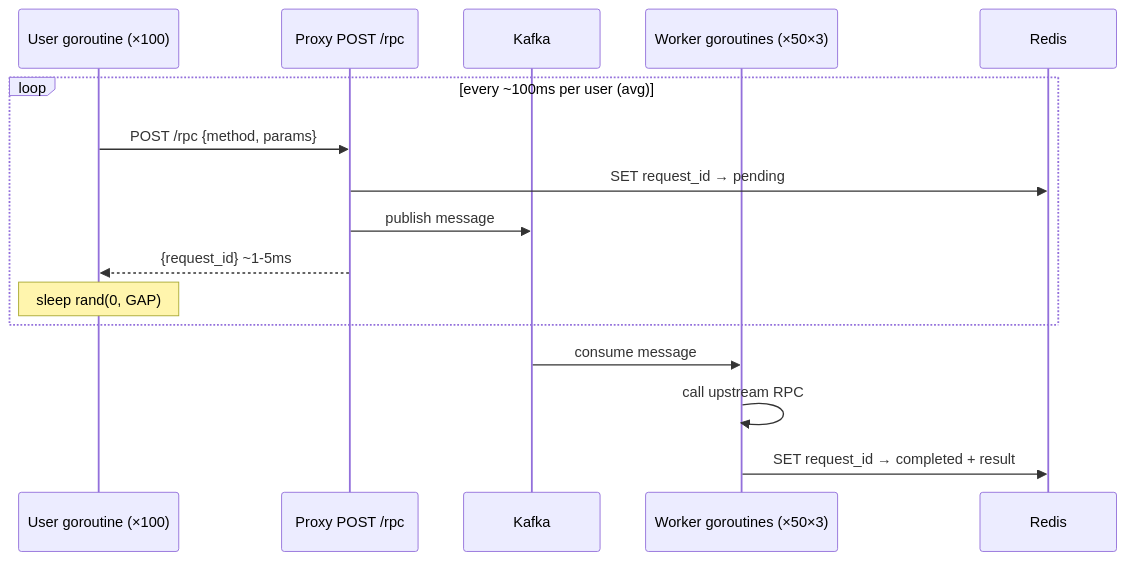
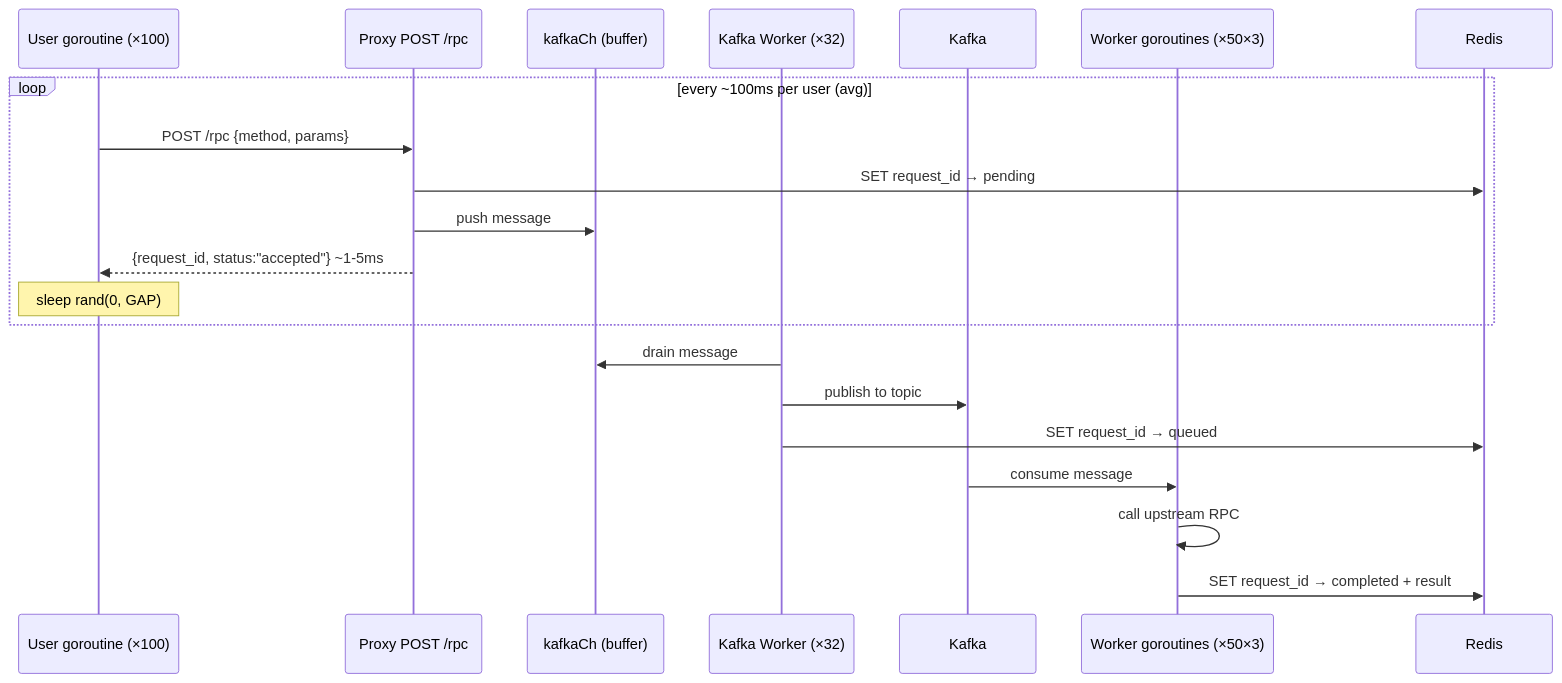
One commit to JasonYangShadow/drpc_proxy changed the diagram in README.md. Above: the diagram before and after it, drawn with Mermaid. The commit also changed other lines of this file and 4 other files, not shown here.

````diff
--- a/README.md
+++ b/README.md
@@ -308,20 +262,26 @@
 ```mermaid
 sequenceDiagram
   participant U as User goroutine (×100)
   participant P as Proxy POST /rpc
+  participant KCh as kafkaCh (buffer)
+  participant KW as Kafka Worker (×32)
   participant K as Kafka
   participant W as Worker goroutines (×50×3)
   participant R as Redis
 
   loop every ~100ms per user (avg)
     U->>P: POST /rpc {method, params}
     P->>R: SET request_id → pending
-    P->>K: publish message
-    P-->>U: {request_id} ~1-5ms
+    P->>KCh: push message
+    P-->>U: {request_id, status:"accepted"} ~1-5ms
     Note over U: sleep rand(0, GAP)
   end
+
+  KW->>KCh: drain message
+  KW->>K: publish to topic
+  KW->>R: SET request_id → queued
 
   K->>W: consume message
   W->>W: call upstream RPC
   W->>R: SET request_id → completed + result
 ```
````
